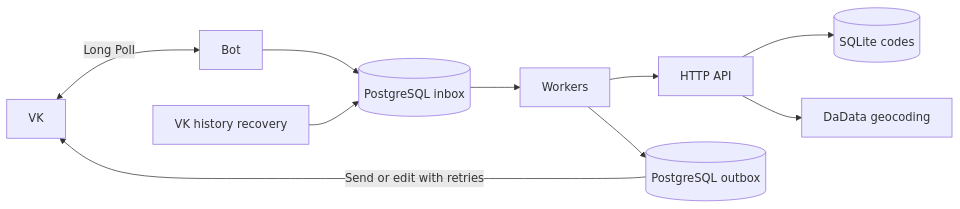
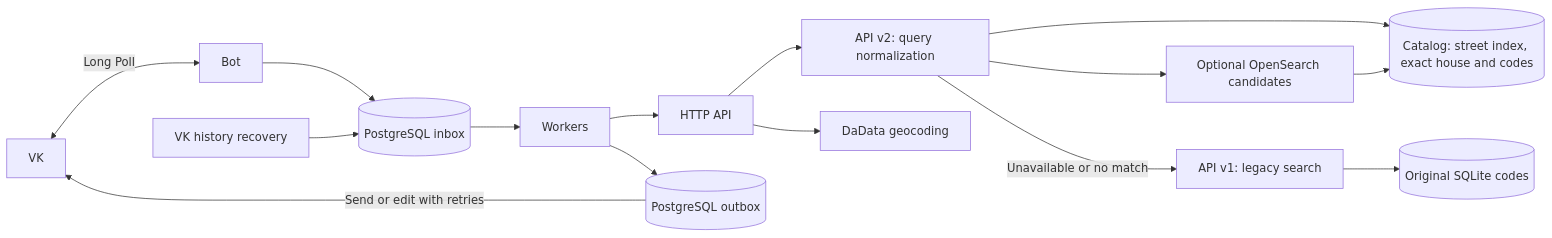
One commit to omkality/domofomka changed the first of 3 diagrams in README.md. Above: the diagram before and after it, drawn with Mermaid. The commit also changed other lines of this file and 4 other files, not shown here.

Commit message:
docs(search): record catalog architecture and corpus validation

````diff
--- a/README.md
+++ b/README.md
@@ -8,12 +8,17 @@
 ```mermaid
 flowchart LR
     VK[VK] <-->|Long Poll| B[Bot]
     B --> I[(PostgreSQL inbox)]
     H[VK history recovery] --> I
     I --> W[Workers]
     W --> A[HTTP API]
-    A --> DB[(SQLite codes)]
+    A --> V2[API v2: query normalization]
+    V2 --> C[(Catalog: street index, exact house and codes)]
+    V2 --> OS[Optional OpenSearch candidates]
+    OS --> C
+    V2 -->|Unavailable or no match| V1[API v1: legacy search]
+    V1 --> DB[(Original SQLite codes)]
     A --> D[DaData geocoding]
     W --> O[(PostgreSQL outbox)]
     O -->|Send or edit with retries| VK
 ```
````
